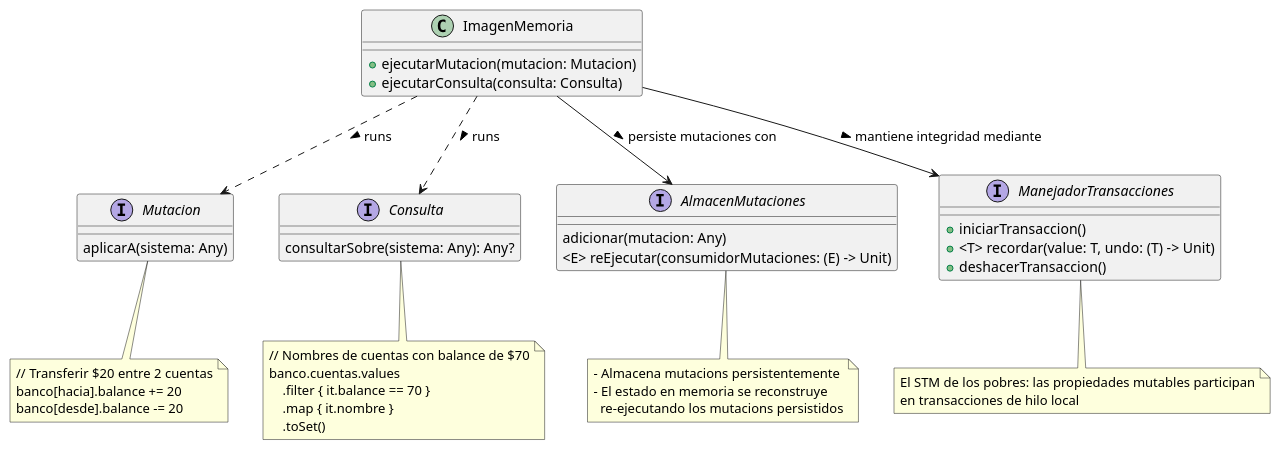
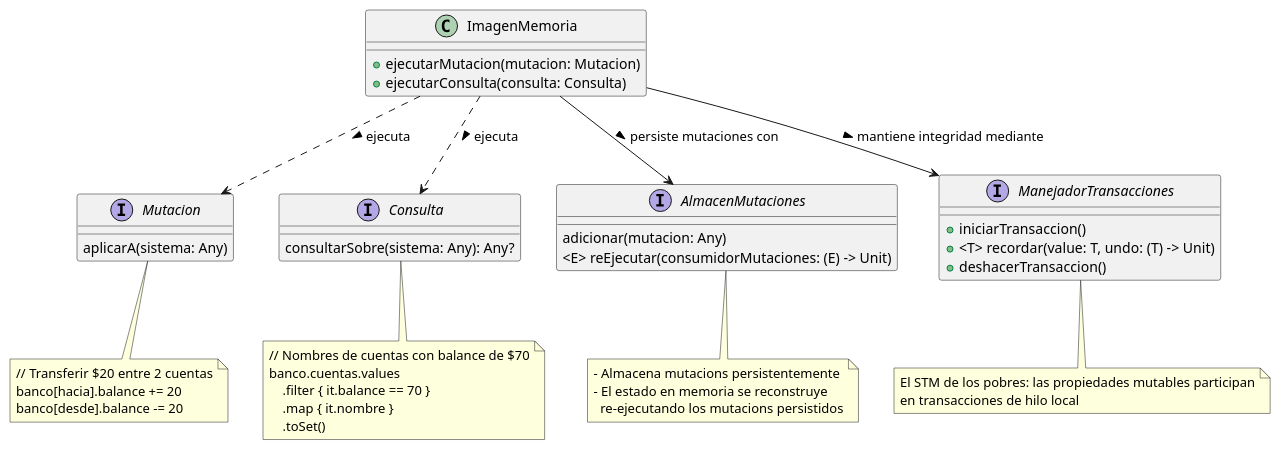
Before and after one commit to xrrocha/jvm-funcional: the diagram in kotlin-memimg/docs/kmemimg.puml, drawn with PlantUML. The commit also changed 19 other files, not shown here.

```diff
--- a/kotlin-memimg/docs/kmemimg.puml
+++ b/kotlin-memimg/docs/kmemimg.puml
@@ -1,55 +1,55 @@
 @startuml
 
 class ImagenMemoria {
     + ejecutarMutacion(mutacion: Mutacion)
     + ejecutarConsulta(consulta: Consulta)
 }
-ImagenMemoria ..> Mutacion: runs >
-ImagenMemoria ..> Consulta: runs >
+ImagenMemoria ..> Mutacion: ejecuta >
+ImagenMemoria ..> Consulta: ejecuta >
 ImagenMemoria --> AlmacenMutaciones: persiste mutaciones con >
 ImagenMemoria --> ManejadorTransacciones: mantiene integridad mediante >
 
 together {
     interface AlmacenMutaciones {
         adicionar(mutacion: Any)
         <E> reEjecutar(consumidorMutaciones: (E) -> Unit)
     }
     note bottom of AlmacenMutaciones
         - Almacena mutacions persistentemente
         - El estado en memoria se reconstruye
           re-ejecutando los mutacions persistidos
     end note
     interface ManejadorTransacciones {
         + iniciarTransaccion()
         + <T> recordar(value: T, undo: (T) -> Unit)
         + deshacerTransaccion()
     }
     note bottom of ManejadorTransacciones
         El STM de los pobres: las propiedades mutables participan
         en transacciones de hilo local
     end note
 }
 
 together {
     interface Mutacion {
         aplicarA(sistema: Any)
     }
     note bottom of Mutacion
         // Transferir $20 entre 2 cuentas
         banco[hacia].balance += 20
         banco[desde].balance -= 20
     end note
 
     interface Consulta {
         consultarSobre(sistema: Any): Any?
     }
     note bottom of Consulta
         // Nombres de cuentas con balance de $70
         banco.cuentas.values
             .filter { it.balance == 70 }
             .map { it.nombre }
             .toSet()
     end note
 }
 
 @enduml
```
